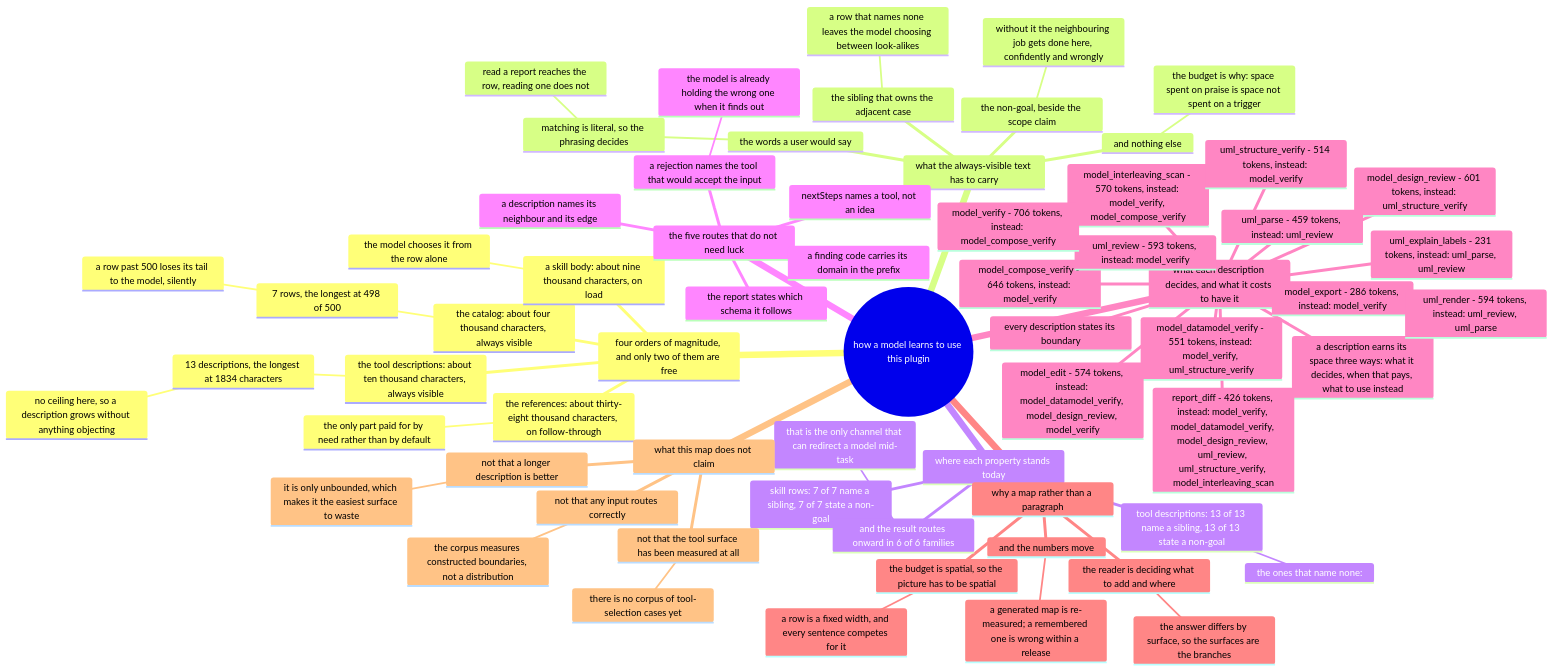
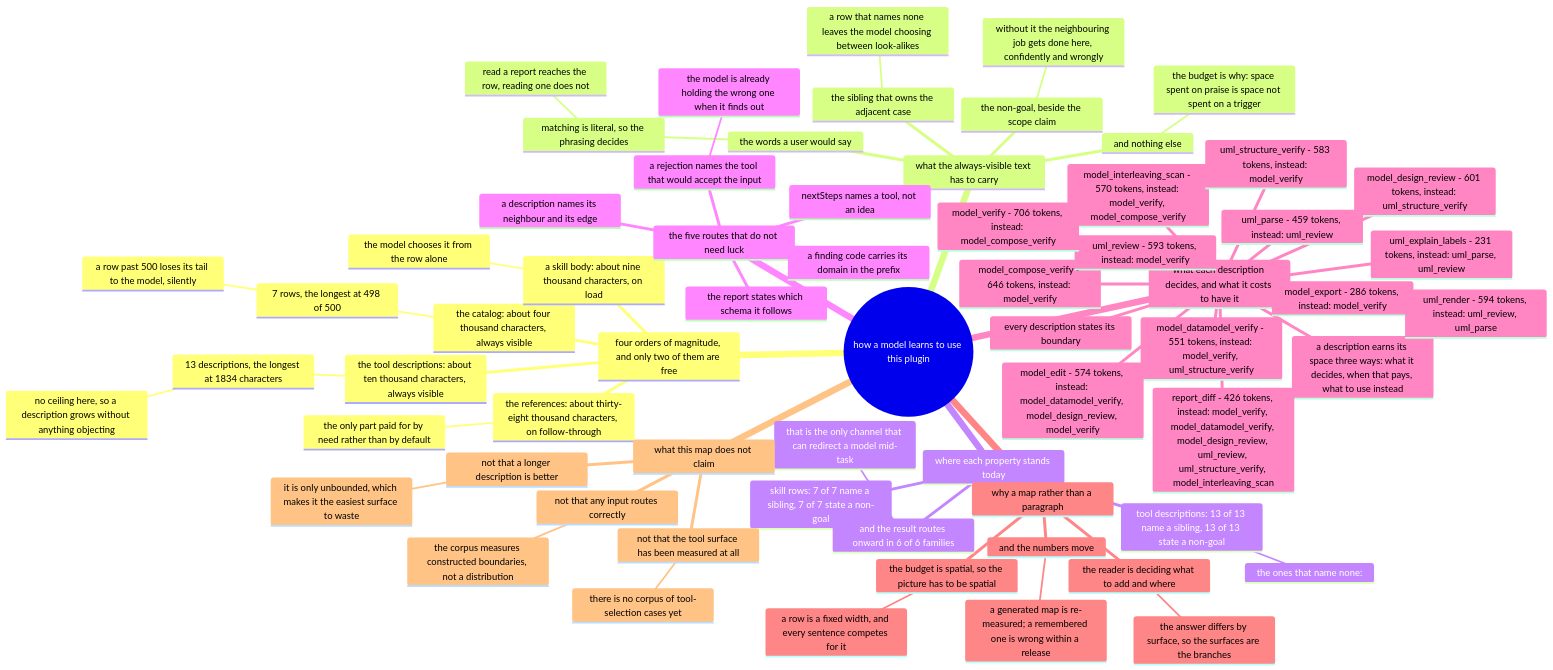
Before and after one commit to AmethystLuna/dsh-model-everything: the diagram in docs/toolset/mindmap.mmd, drawn with Mermaid. The commit also changed 18 other files, not shown here.

First line of the commit message:
feat(structure): build the graph from the source tree

```diff
--- a/docs/toolset/mindmap.mmd
+++ b/docs/toolset/mindmap.mmd
@@ -1,66 +1,66 @@
 mindmap
 root((how a model learns to use this plugin))
   four orders of magnitude, and only two of them are free
     the catalog: about four thousand characters, always visible
       7 rows, the longest at 498 of 500
         a row past 500 loses its tail to the model, silently
     the tool descriptions: about ten thousand characters, always visible
       13 descriptions, the longest at 1834 characters
         no ceiling here, so a description grows without anything objecting
     a skill body: about nine thousand characters, on load
       the model chooses it from the row alone
     the references: about thirty-eight thousand characters, on follow-through
       the only part paid for by need rather than by default
   what the always-visible text has to carry
     the words a user would say
       matching is literal, so the phrasing decides
         read a report reaches the row, reading one does not
     the sibling that owns the adjacent case
       a row that names none leaves the model choosing between look-alikes
     the non-goal, beside the scope claim
       without it the neighbouring job gets done here, confidently and wrongly
     and nothing else
       the budget is why: space spent on praise is space not spent on a trigger
   where each property stands today
     skill rows: 7 of 7 name a sibling, 7 of 7 state a non-goal
     tool descriptions: 13 of 13 name a sibling, 13 of 13 state a non-goal
       the ones that name none: 
     and the result routes onward in 6 of 6 families
       that is the only channel that can redirect a model mid-task
   the five routes that do not need luck
     a rejection names the tool that would accept the input
       the model is already holding the wrong one when it finds out
     nextSteps names a tool, not an idea
     a finding code carries its domain in the prefix
     the report states which schema it follows
     a description names its neighbour and its edge
   what each description decides, and what it costs to have it
     a description earns its space three ways: what it decides, when that pays, what to use instead
     model_compose_verify - 646 tokens, instead: model_verify
     model_interleaving_scan - 570 tokens, instead: model_verify, model_compose_verify
     model_datamodel_verify - 551 tokens, instead: model_verify, uml_structure_verify
     model_design_review - 601 tokens, instead: uml_structure_verify
     model_edit - 574 tokens, instead: model_datamodel_verify, model_design_review, model_verify
     model_export - 286 tokens, instead: model_verify
     report_diff - 426 tokens, instead: model_verify, model_datamodel_verify, model_design_review, uml_review, uml_structure_verify, model_interleaving_scan
-    uml_structure_verify - 514 tokens, instead: model_verify
+    uml_structure_verify - 583 tokens, instead: model_verify
     uml_explain_labels - 231 tokens, instead: uml_parse, uml_review
     uml_parse - 459 tokens, instead: uml_review
     uml_render - 594 tokens, instead: uml_review, uml_parse
     uml_review - 593 tokens, instead: model_verify
     model_verify - 706 tokens, instead: model_compose_verify
     every description states its boundary
   why a map rather than a paragraph
     the budget is spatial, so the picture has to be spatial
       a row is a fixed width, and every sentence competes for it
     the reader is deciding what to add and where
       the answer differs by surface, so the surfaces are the branches
     and the numbers move
       a generated map is re-measured; a remembered one is wrong within a release
   what this map does not claim
     not that any input routes correctly
       the corpus measures constructed boundaries, not a distribution
     not that the tool surface has been measured at all
       there is no corpus of tool-selection cases yet
     not that a longer description is better
       it is only unbounded, which makes it the easiest surface to waste
```
